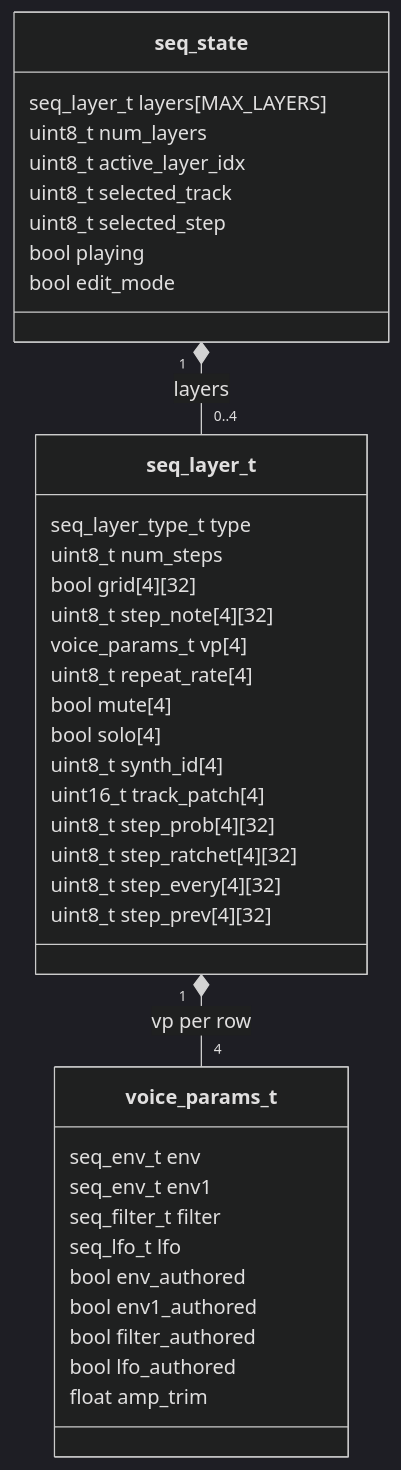
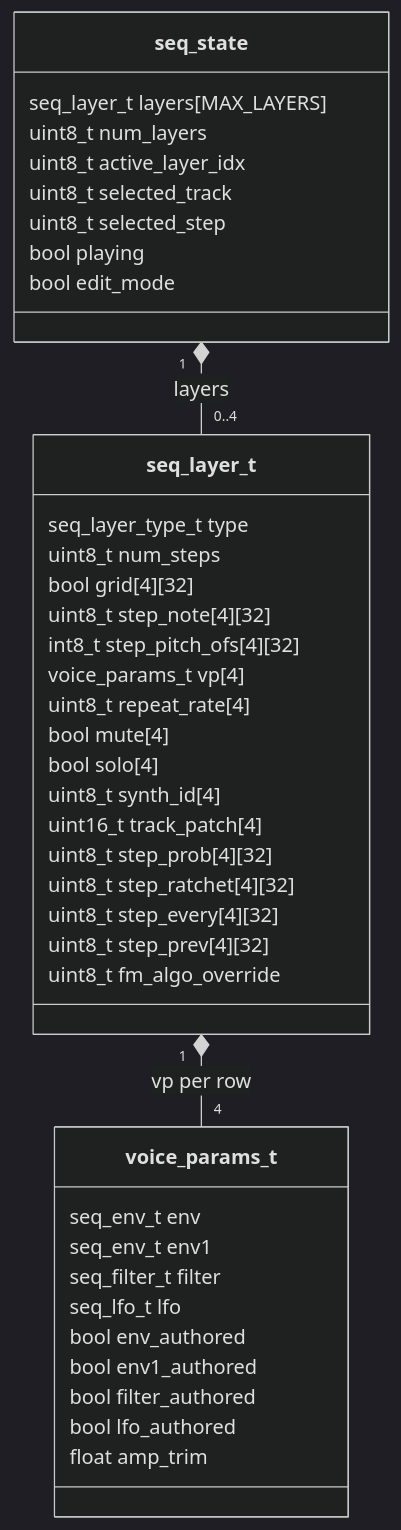
The first of 4 diagrams in SEQUENCER-ARCHITECTURE.md (cxandy/S3-Amysynth), drawn with Mermaid (dark theme) before and after one commit. The commit also changed other lines of this file and 7 other files, not shown here.

First line of the commit message:
Docs: realign architecture docs and the AMY-EDITS ledger with the current tree

````diff
--- a/SEQUENCER-ARCHITECTURE.md
+++ b/SEQUENCER-ARCHITECTURE.md
@@ -111,41 +117,43 @@
 ```mermaid
 classDiagram
     class seq_state {
         seq_layer_t layers[MAX_LAYERS]
         uint8_t num_layers
         uint8_t active_layer_idx
         uint8_t selected_track
         uint8_t selected_step
         bool playing
         bool edit_mode
     }
     class seq_layer_t {
         seq_layer_type_t type
         uint8_t num_steps
         bool grid[4][32]
         uint8_t step_note[4][32]
+        int8_t step_pitch_ofs[4][32]
         voice_params_t vp[4]
         uint8_t repeat_rate[4]
         bool mute[4]
         bool solo[4]
         uint8_t synth_id[4]
         uint16_t track_patch[4]
         uint8_t step_prob[4][32]
         uint8_t step_ratchet[4][32]
         uint8_t step_every[4][32]
         uint8_t step_prev[4][32]
+        uint8_t fm_algo_override
     }
     class voice_params_t {
         seq_env_t env
         seq_env_t env1
         seq_filter_t filter
         seq_lfo_t lfo
         bool env_authored
         bool env1_authored
         bool filter_authored
         bool lfo_authored
         float amp_trim
     }
     seq_state "1" *-- "0..4" seq_layer_t : layers
     seq_layer_t "1" *-- "4" voice_params_t : vp per row
 ```
````
